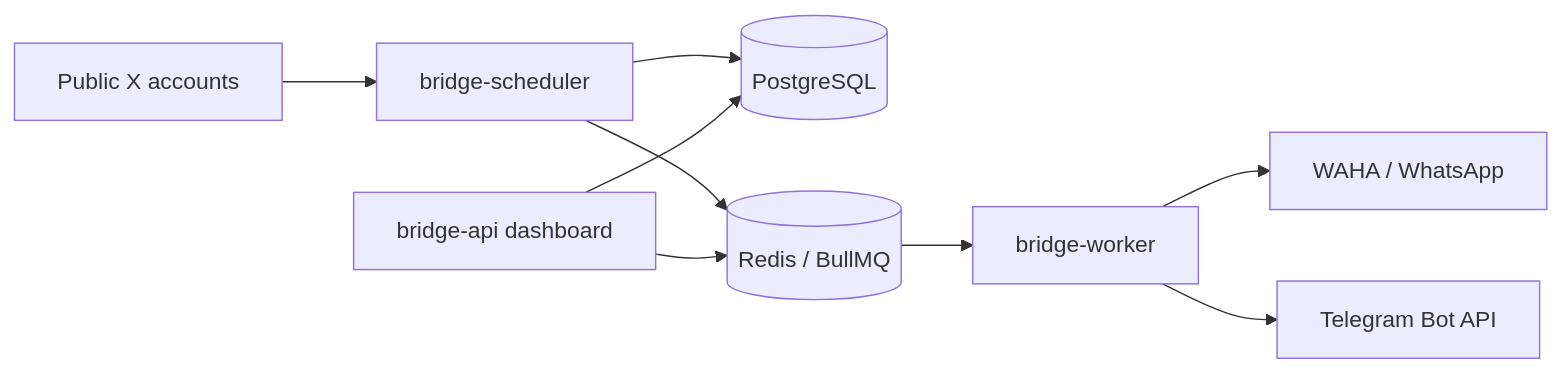
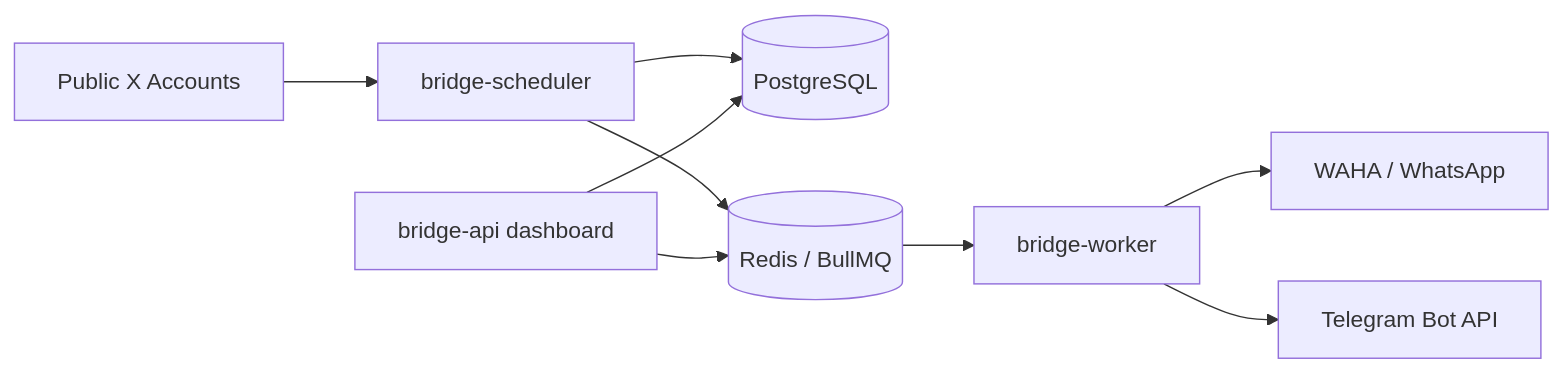
Before and after one commit to mocasus/x-waha-bridge: the diagram in README.md, drawn with Mermaid. The commit also changed other lines of this file and 2 other files, not shown here.

````diff
--- a/README.md
+++ b/README.md
@@ -21,11 +37,11 @@
 ```mermaid
 flowchart LR
-  X["Public X accounts"] --> Scheduler["bridge-scheduler"]
-  Scheduler --> DB[("PostgreSQL")]
-  Scheduler --> Queue[("Redis / BullMQ")]
-  Queue --> Worker["bridge-worker"]
+  X["Public X Accounts"] --> Scheduler["bridge-scheduler"]
+  Scheduler --> Postgres[("PostgreSQL")]
+  Scheduler --> Redis[("Redis / BullMQ")]
+  Redis --> Worker["bridge-worker"]
   Worker --> WAHA["WAHA / WhatsApp"]
   Worker --> Telegram["Telegram Bot API"]
-  API["bridge-api dashboard"] --> DB
-  API --> Queue
+  API["bridge-api dashboard"] --> Postgres
+  API --> Redis
 ```
````
